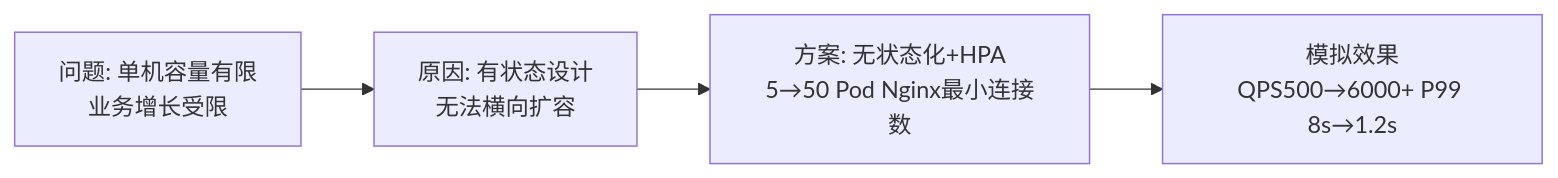
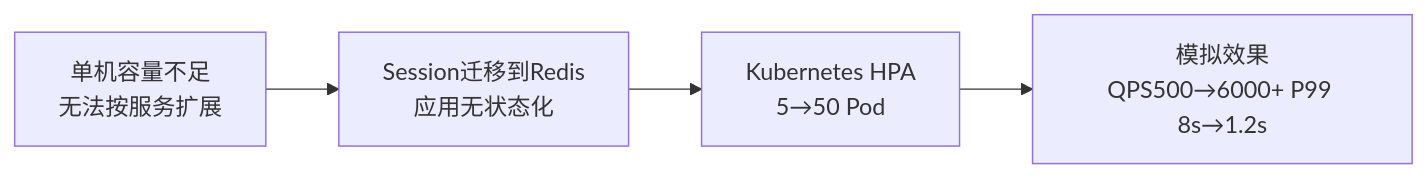
The third of 5 diagrams in 02-论文专题/0011-性能优化/00-大纲记忆卡.md (EdgarLQS/SoftwareArchitectureExamGuide), drawn with Mermaid before and after one commit. The commit also changed other lines of this file, not shown here.

````diff
--- a/02-论文专题/0011-性能优化/00-大纲记忆卡.md
+++ b/02-论文专题/0011-性能优化/00-大纲记忆卡.md
@@ -71,6 +60,6 @@
 ```mermaid
 flowchart LR
-    A["问题: 单机容量有限<br/>业务增长受限"] --> B["原因: 有状态设计<br/>无法横向扩容"]
-    B --> C["方案: 无状态化+HPA<br/>5→50 Pod Nginx最小连接数"]
+    A["单机容量不足<br/>无法按服务扩展"] --> B["Session迁移到Redis<br/>应用无状态化"]
+    B --> C["Kubernetes HPA<br/>5→50 Pod"]
     C --> D["模拟效果<br/>QPS500→6000+ P99 8s→1.2s"]
 ```
````
